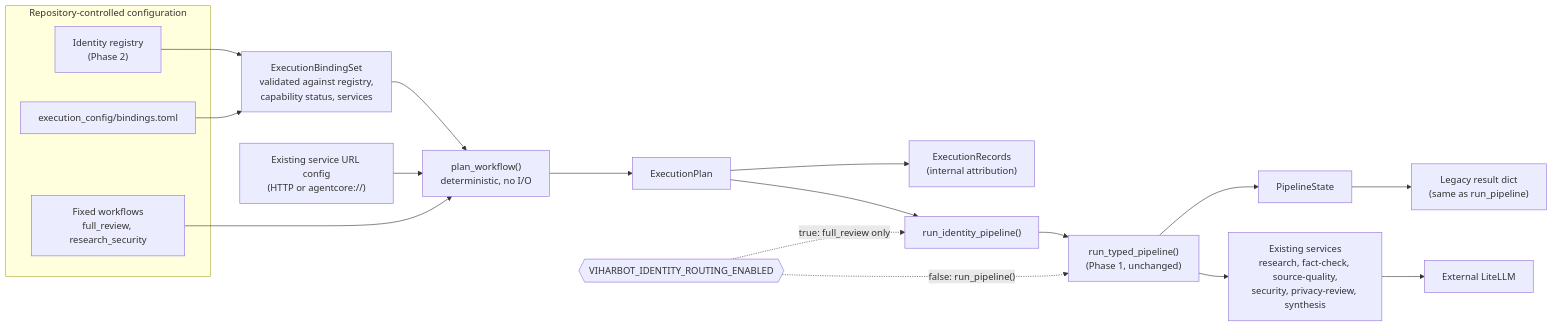
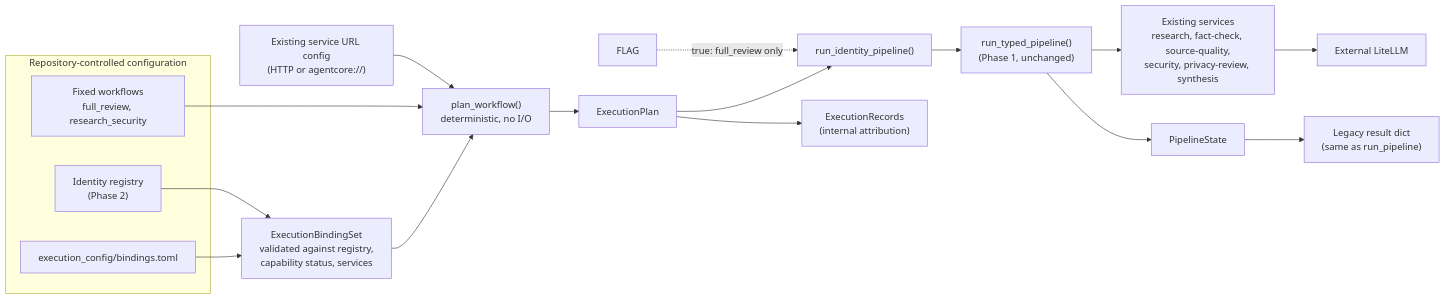
Before and after one commit to MohamadKanso/viharbot: the diagram in docs/identity-execution-integration.md, drawn with Mermaid. The commit also changed other lines of this file and 45 other files, not shown here.

````diff
--- a/docs/identity-execution-integration.md
+++ b/docs/identity-execution-integration.md
@@ -16,23 +16,22 @@
 ```mermaid
 flowchart LR
     subgraph Config["Repository-controlled configuration"]
         ID["Identity registry<br/>(Phase 2)"]
         BD["execution_config/bindings.toml"]
         WF["Fixed workflows<br/>full_review, research_security"]
     end
     BD --> BS["ExecutionBindingSet<br/>validated against registry,<br/>capability status, services"]
     ID --> BS
     BS --> PL["plan_workflow()<br/>deterministic, no I/O"]
     WF --> PL
     URLS["Existing service URL config<br/>(HTTP or agentcore://)"] --> PL
     PL --> EP["ExecutionPlan"]
     EP --> RIP["run_identity_pipeline()"]
     RIP --> RTP["run_typed_pipeline()<br/>(Phase 1, unchanged)"]
     RTP --> SVC["Existing services<br/>research, fact-check, source-quality,<br/>security, privacy-review, synthesis"]
     SVC --> LL["External LiteLLM"]
     RTP --> ST["PipelineState"]
     EP --> REC["ExecutionRecords<br/>(internal attribution)"]
     ST --> LEG["Legacy result dict<br/>(same as run_pipeline)"]
-    FLAG{{"VIHARBOT_IDENTITY_ROUTING_ENABLED"}} -. "false: run_pipeline()" .-> RTP
     FLAG -. "true: full_review only" .-> RIP
 ```
````
